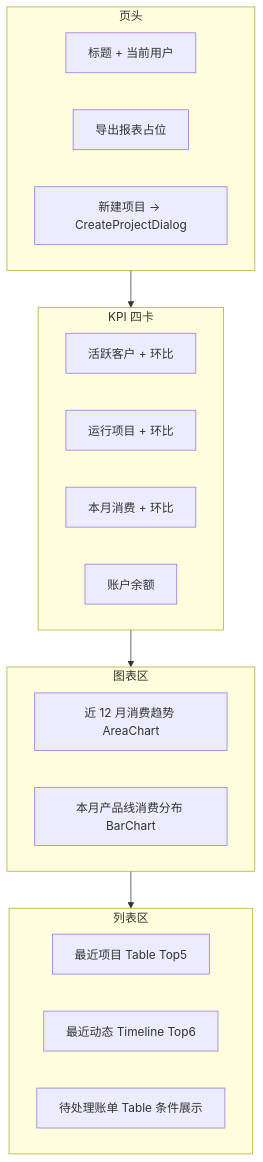
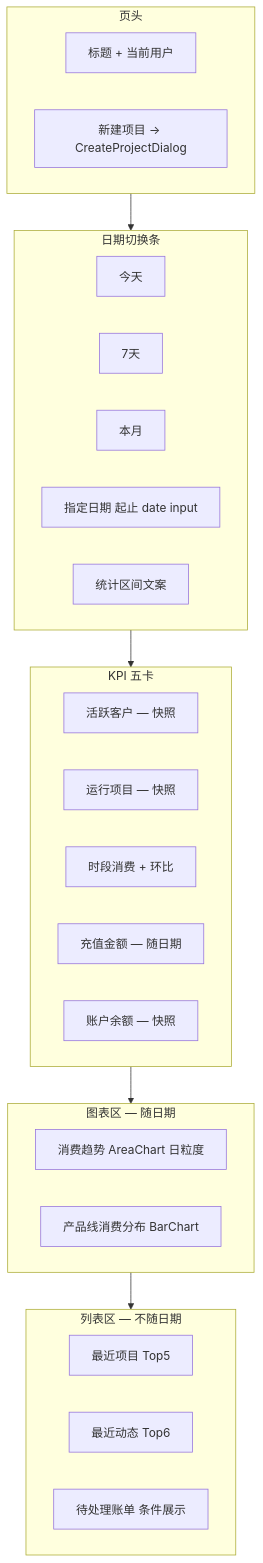
One commit to metacode0602/opencomfy-hub changed the diagram in apps/web/content/design/crm-workbench-implementation-plan.md. Above: the diagram before and after it, drawn with Mermaid. The commit also changed other lines of this file and 65 other files, not shown here.

````diff
--- a/apps/web/content/design/crm-workbench-implementation-plan.md
+++ b/apps/web/content/design/crm-workbench-implementation-plan.md
@@ -52,28 +60,36 @@
 ```mermaid
 flowchart TB
   subgraph header [页头]
     H1[标题 + 当前用户]
-    H2[导出报表占位]
-    H3[新建项目 → CreateProjectDialog]
+    H2[新建项目 → CreateProjectDialog]
   end
 
-  subgraph kpi [KPI 四卡]
-    K1[活跃客户 + 环比]
-    K2[运行项目 + 环比]
-    K3[本月消费 + 环比]
-    K4[账户余额]
+  subgraph period [日期切换条]
+    P1[今天]
+    P2[7天]
+    P3[本月]
+    P4[指定日期 起止 date input]
+    P5[统计区间文案]
   end
 
-  subgraph charts [图表区]
-    C1[近 12 月消费趋势 AreaChart]
-    C2[本月产品线消费分布 BarChart]
+  subgraph kpi [KPI 五卡]
+    K1[活跃客户 — 快照]
+    K2[运行项目 — 快照]
+    K3[时段消费 + 环比]
+    K4[充值金额 — 随日期]
+    K5[账户余额 — 快照]
   end
 
-  subgraph lists [列表区]
-    L1[最近项目 Table Top5]
-    L2[最近动态 Timeline Top6]
-    L3[待处理账单 Table 条件展示]
+  subgraph charts [图表区 — 随日期]
+    C1[消费趋势 AreaChart 日粒度]
+    C2[产品线消费分布 BarChart]
   end
 
-  header --> kpi --> charts --> lists
+  subgraph lists [列表区 — 不随日期]
+    L1[最近项目 Top5]
+    L2[最近动态 Top6]
+    L3[待处理账单 条件展示]
+  end
+
+  header --> period --> kpi --> charts --> lists
 ```
````
